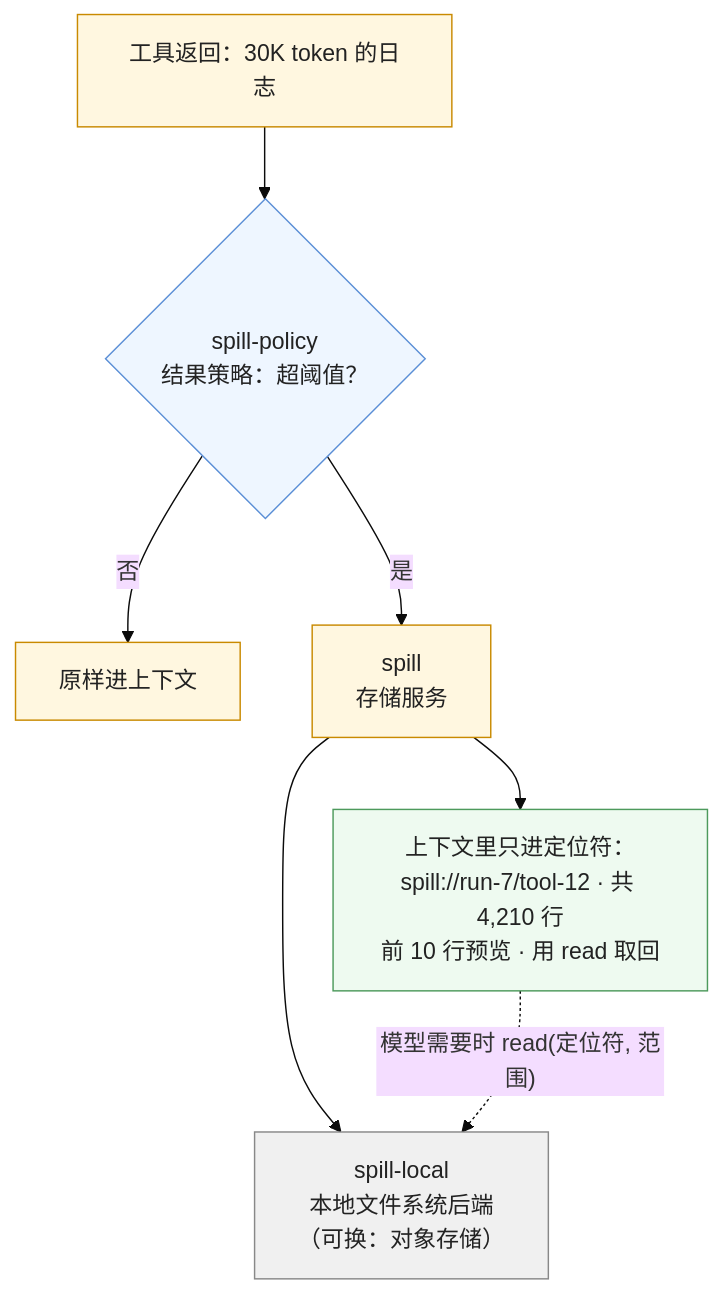
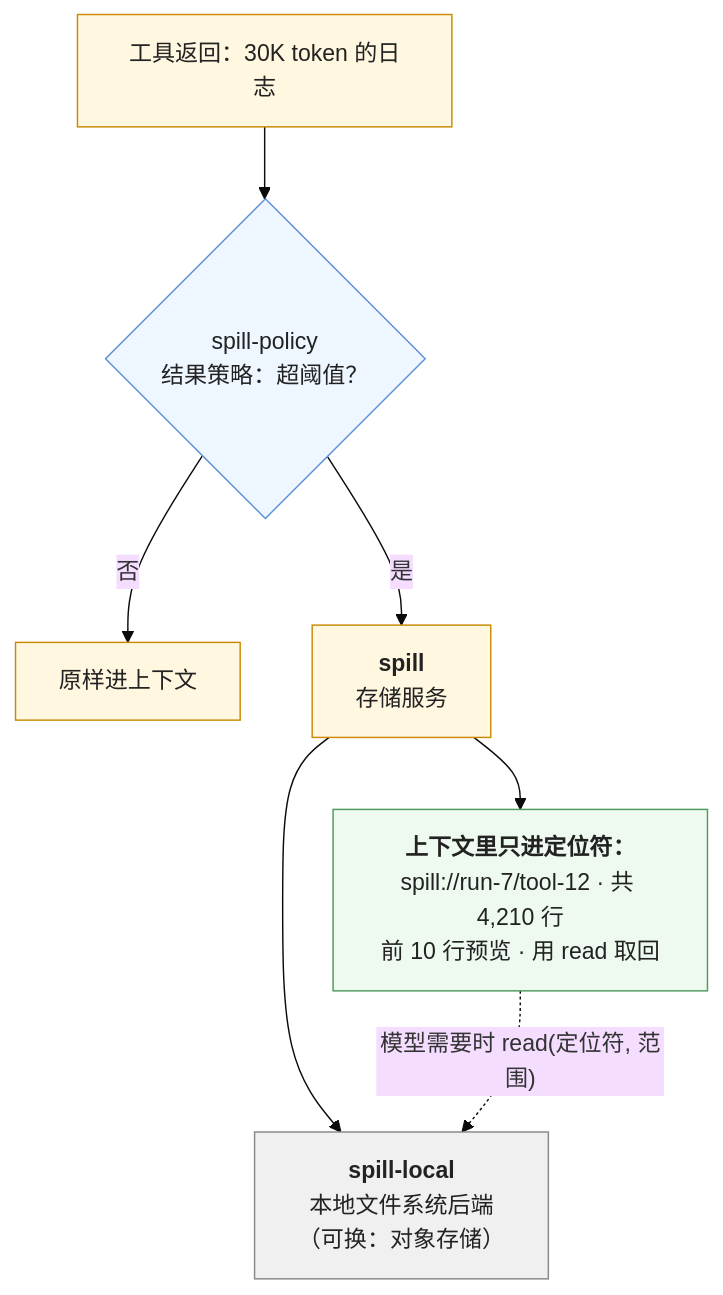
Before and after one commit to arganzheng/arganzheng.github.com: the second of 5 diagrams in _posts/2026-10-24-long-horizon-context-management-and-subagents.md, drawn with Mermaid (base theme). The commit also changed other lines of this file and 9 other files, not shown here.

First line of the commit message:
工具、Agent 与 harness：模型怎么从回答变成做事：Mermaid 多行方框的首行标为标题（10 篇）

````diff
--- a/_posts/2026-10-24-long-horizon-context-management-and-subagents.md
+++ b/_posts/2026-10-24-long-horizon-context-management-and-subagents.md
@@ -55,18 +55,18 @@
 ```mermaid
 %% 图：DeepSeek Harness 的 spill 包组——工具返回先过结果策略（超阈值？按工具类型？），超了就交给存储服务写到本地文件系统后端（可换成对象存储），上下文里只进一个定位符「spill://…，共 N 行，前几行如下，用 read 取回」；策略、存储、后端三个包各自可替换，循环不动
 flowchart TB
     T["工具返回：30K token 的日志"] --> P{"spill-policy<br/>结果策略：超阈值？"}
     P -->|"否"| IN["原样进上下文"]
-    P -->|"是"| S["spill<br/>存储服务"]
-    S --> B["spill-local<br/>本地文件系统后端<br/>（可换：对象存储）"]
-    S --> LOC["上下文里只进定位符：<br/>spill://run-7/tool-12 · 共 4,210 行<br/>前 10 行预览 · 用 read 取回"]
+    P -->|"是"| S["<b>spill</b><br/>存储服务"]
+    S --> B["<b>spill-local</b><br/>本地文件系统后端<br/>（可换：对象存储）"]
+    S --> LOC["<b>上下文里只进定位符：</b><br/>spill://run-7/tool-12 · 共 4,210 行<br/>前 10 行预览 · 用 read 取回"]
     LOC -.->|"模型需要时 read(定位符, 范围)"| B
     classDef step fill:#fff7e0,stroke:#c98a00,color:#222
     classDef dec fill:#eef6ff,stroke:#5b8fd6,color:#222
     classDef ext fill:#f0f0f0,stroke:#888,color:#222
     classDef ok fill:#eefaf0,stroke:#4d9a5c,color:#222
     class T,S,IN step
     class P dec
     class B ext
     class LOC ok
 ```
````
